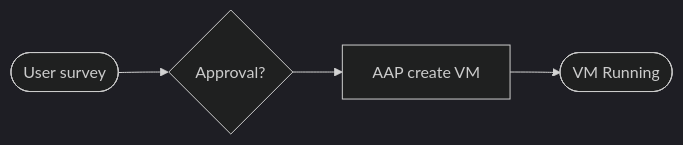
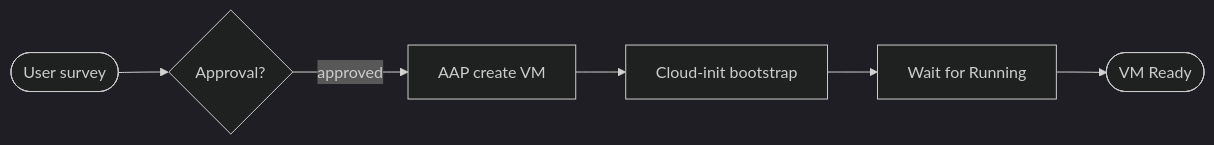
Before and after one commit to ansible-tmm/solution-guides: the diagram in README-Virtualization-Use-Case-04-VM-Provisioning.md, drawn with Mermaid (dark theme). The commit also changed other lines of this file and 9 other files, not shown here.

````diff
--- a/README-Virtualization-Use-Case-04-VM-Provisioning.md
+++ b/README-Virtualization-Use-Case-04-VM-Provisioning.md
@@ -49,6 +61,8 @@
 ```mermaid
 graph LR
   Survey([User survey]) --> Approve{Approval?}
-  Approve --> Create[AAP create VM]
-  Create --> Ready([VM Running])
+  Approve -->|approved| Create[AAP create VM]
+  Create --> CloudInit[Cloud-init bootstrap]
+  CloudInit --> Verify[Wait for Running]
+  Verify --> Ready([VM Ready])
 ```
````
